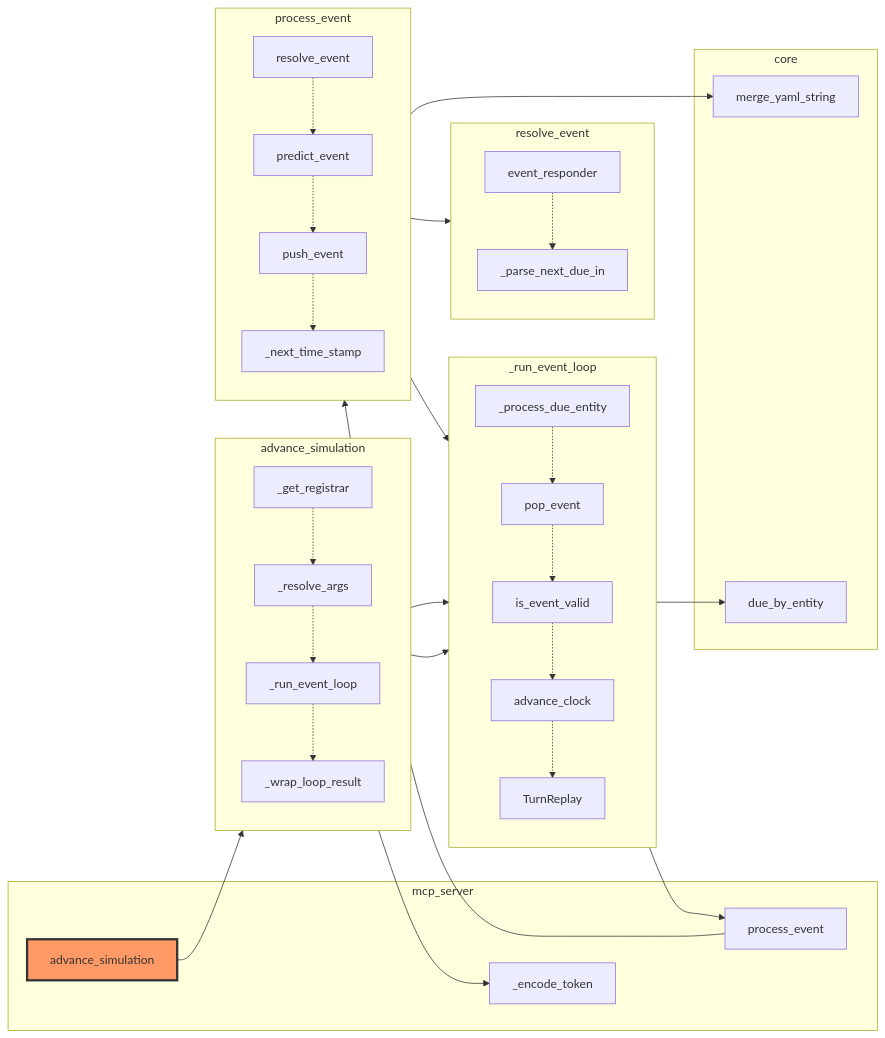
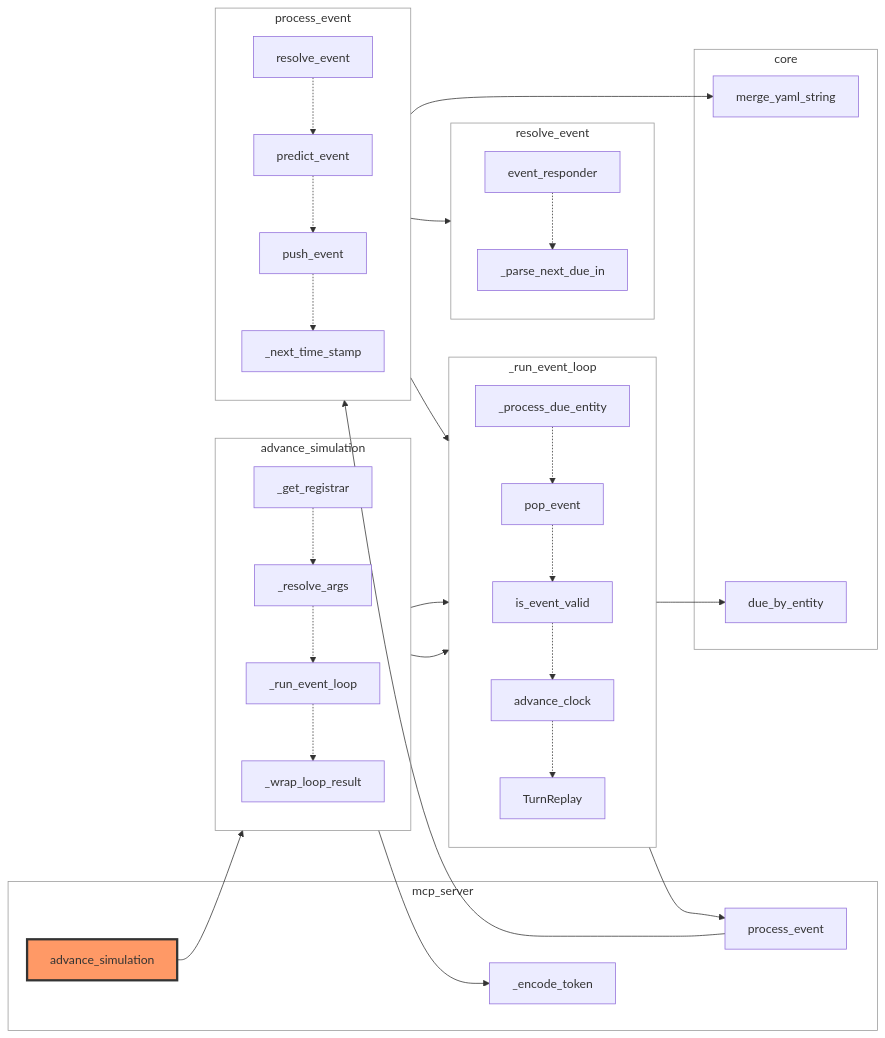
One commit to zhafen/story-simulator changed the first of 2 diagrams in docs/architecture/advance_simulation.md. Above: the diagram before and after it, drawn with Mermaid. The commit also changed other lines of this file, not shown here.

First line of the commit message:
Regenerate entry-point diagram with transparent cluster backgrounds

````diff
--- a/docs/architecture/advance_simulation.md
+++ b/docs/architecture/advance_simulation.md
@@ -46,62 +46,63 @@
 ```mermaid
+%%{init: {'themeVariables': {'clusterBkg': 'transparent', 'clusterBorder': '#999999'}}}%%
 flowchart LR
     subgraph sg0["core"]
         n12["due_by_entity"]
         n17["merge_yaml_string"]
     end
     subgraph sg1["mcp_server"]
         n0["advance_simulation"]
         n6["_encode_token"]
         n11["process_event"]
     end
     subgraph seq0["advance_simulation"]
         direction TB
         n2["_get_registrar"]
         n1["_resolve_args"]
         n4["_run_event_loop"]
         n3["_wrap_loop_result"]
         n2 -.-> n1
         n1 -.-> n4
         n4 -.-> n3
     end
     subgraph seq3["_run_event_loop"]
         direction TB
         n7["_process_due_entity"]
         n10["pop_event"]
         n8["is_event_valid"]
         n9["advance_clock"]
         n5["TurnReplay"]
         n7 -.-> n10
         n10 -.-> n8
         n8 -.-> n9
         n9 -.-> n5
     end
     subgraph seq6["process_event"]
         direction TB
         n15["resolve_event"]
         n13["predict_event"]
         n14["push_event"]
         n16["_next_time_stamp"]
         n15 -.-> n13
         n13 -.-> n14
         n14 -.-> n16
     end
     subgraph seq9["resolve_event"]
         direction TB
         n19["event_responder"]
         n18["_parse_next_due_in"]
         n19 -.-> n18
     end
     n0 --> seq0
     n1 --> seq3
     n3 --> n6
     n4 --> seq3
     n7 --> n11
     n9 --> n12
     n11 --> seq6
     n13 --> seq3
     n14 --> n17
     n15 --> seq9
     class n0 rootNode
     classDef rootNode fill:#f96,stroke:#333,stroke-width:3px
 ```
````
